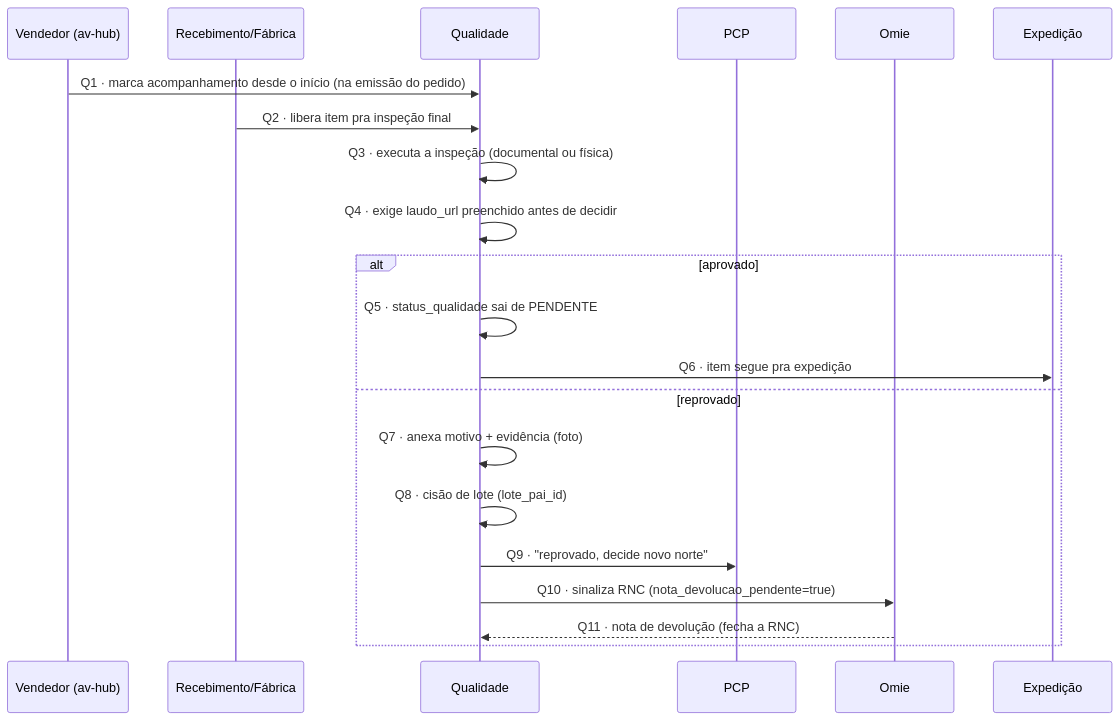
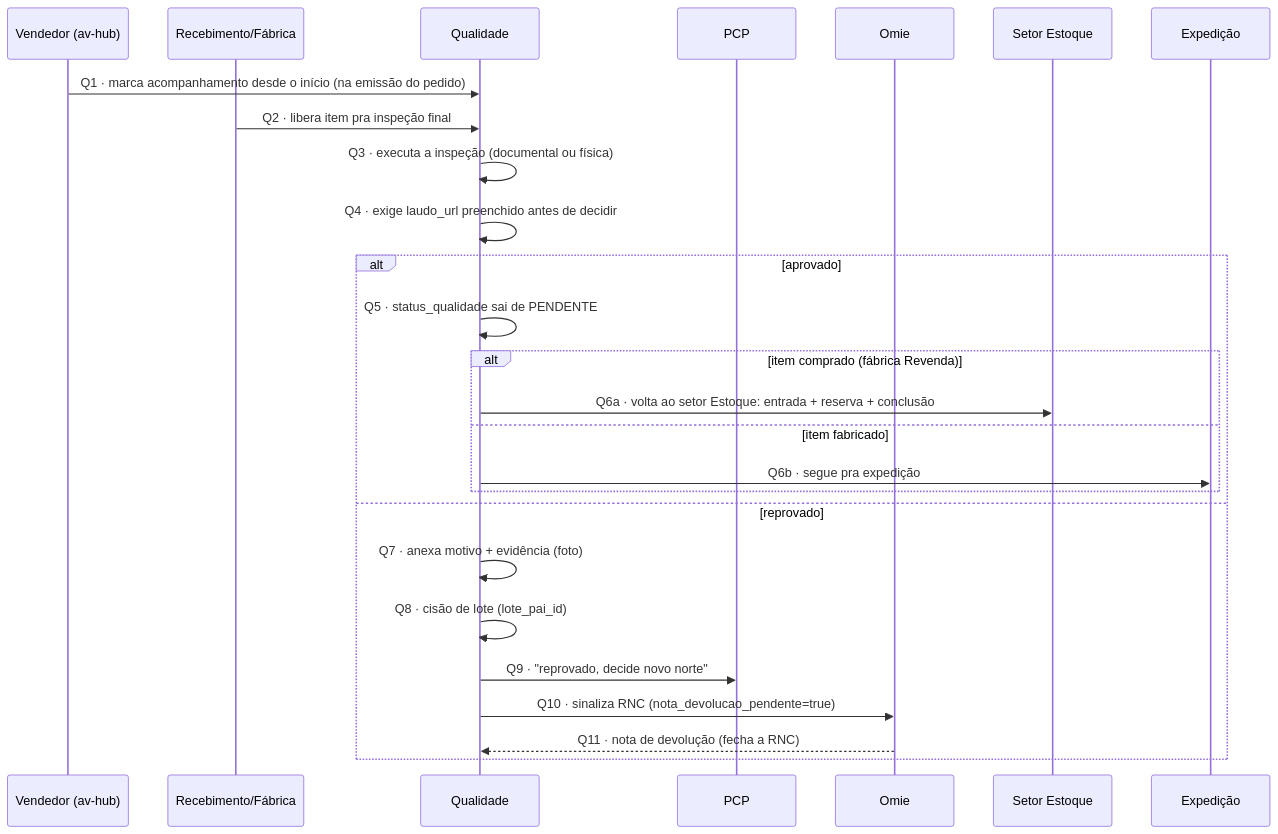
One commit to Acosvital/vault-avhub-mer changed the diagram in 02-PRD-Estoque/Fluxo-Qualidade-Completo.md. Above: the diagram before and after it, drawn with Mermaid. The commit also changed other lines of this file and 36 other files, not shown here.

First line of the commit message:
Encaixe do Estoque e da Revenda no fluxo do PCP (MES)

````diff
--- a/02-PRD-Estoque/Fluxo-Qualidade-Completo.md
+++ b/02-PRD-Estoque/Fluxo-Qualidade-Completo.md
@@ -30,24 +33,29 @@
 ```mermaid
 sequenceDiagram
     participant Vend as Vendedor (av-hub)
     participant Receb as Recebimento/Fábrica
     participant Qual as Qualidade
     participant PCP
     participant Omie
+    participant Est as Setor Estoque
     participant Exp as Expedição
 
     Vend->>Qual: Q1 · marca acompanhamento desde o início (na emissão do pedido)
     Receb->>Qual: Q2 · libera item pra inspeção final
     Qual->>Qual: Q3 · executa a inspeção (documental ou física)
     Qual->>Qual: Q4 · exige laudo_url preenchido antes de decidir
     alt aprovado
         Qual->>Qual: Q5 · status_qualidade sai de PENDENTE
-        Qual->>Exp: Q6 · item segue pra expedição
+        alt item comprado (fábrica Revenda)
+            Qual->>Est: Q6a · volta ao setor Estoque: entrada + reserva + conclusão
+        else item fabricado
+            Qual->>Exp: Q6b · segue pra expedição
+        end
     else reprovado
         Qual->>Qual: Q7 · anexa motivo + evidência (foto)
         Qual->>Qual: Q8 · cisão de lote (lote_pai_id)
         Qual->>PCP: Q9 · "reprovado, decide novo norte"
         Qual->>Omie: Q10 · sinaliza RNC (nota_devolucao_pendente=true)
         Omie-->>Qual: Q11 · nota de devolução (fecha a RNC)
     end
 ```
````
